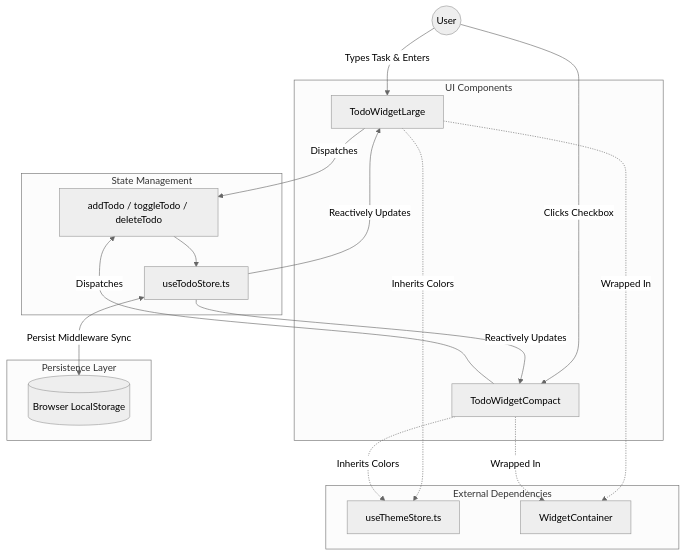
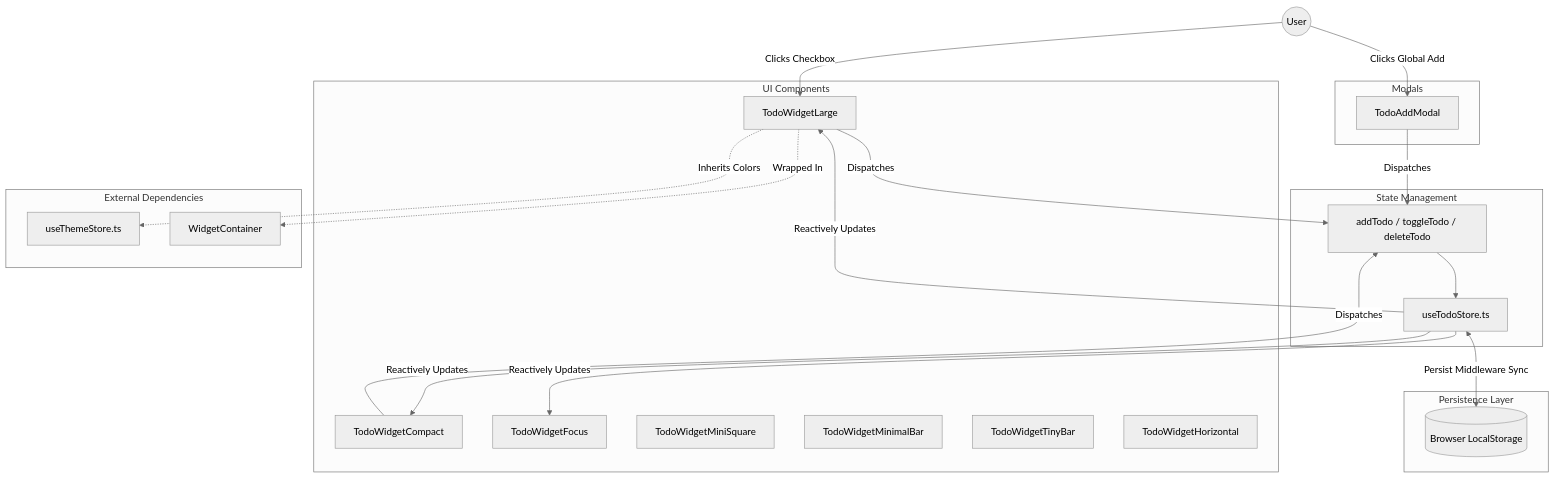
The diagram in docs/widgets/todo.md (the-mayankjha/pihu-os), drawn with Mermaid (neutral theme) before and after one commit. The commit also changed other lines of this file, not shown here.

````diff
--- a/docs/widgets/todo.md
+++ b/docs/widgets/todo.md
@@ -19,39 +20,48 @@
 ```mermaid
 graph TD
     subgraph UI Components
         L[TodoWidgetLarge]
         C[TodoWidgetCompact]
+        F[TodoWidgetFocus]
+        MS[TodoWidgetMiniSquare]
+        MB[TodoWidgetMinimalBar]
+        TB[TodoWidgetTinyBar]
+        H[TodoWidgetHorizontal]
+    end
+
+    subgraph Modals
+        AM[TodoAddModal]
     end
 
     subgraph State Management
         Z[useTodoStore.ts]
         Actions[addTodo / toggleTodo / deleteTodo]
     end
 
     subgraph Persistence Layer
         LS[(Browser LocalStorage)]
     end
 
     subgraph External Dependencies
         TS[useThemeStore.ts]
         WC[WidgetContainer]
     end
 
-    User((User)) -->|Types Task & Enters| L
-    User -->|Clicks Checkbox| C
+    User((User)) -->|Clicks Global Add| AM
+    User -->|Clicks Checkbox| L
     
+    AM -->|Dispatches| Actions
     L -->|Dispatches| Actions
     C -->|Dispatches| Actions
     
     Actions --> Z
     Z -->|Reactively Updates| L
     Z -->|Reactively Updates| C
+    Z -->|Reactively Updates| F
     
     Z <-->|Persist Middleware Sync| LS
 
     L -.->|Inherits Colors| TS
-    C -.->|Inherits Colors| TS
     
     L -.->|Wrapped In| WC
-    C -.->|Wrapped In| WC
 ```
````
